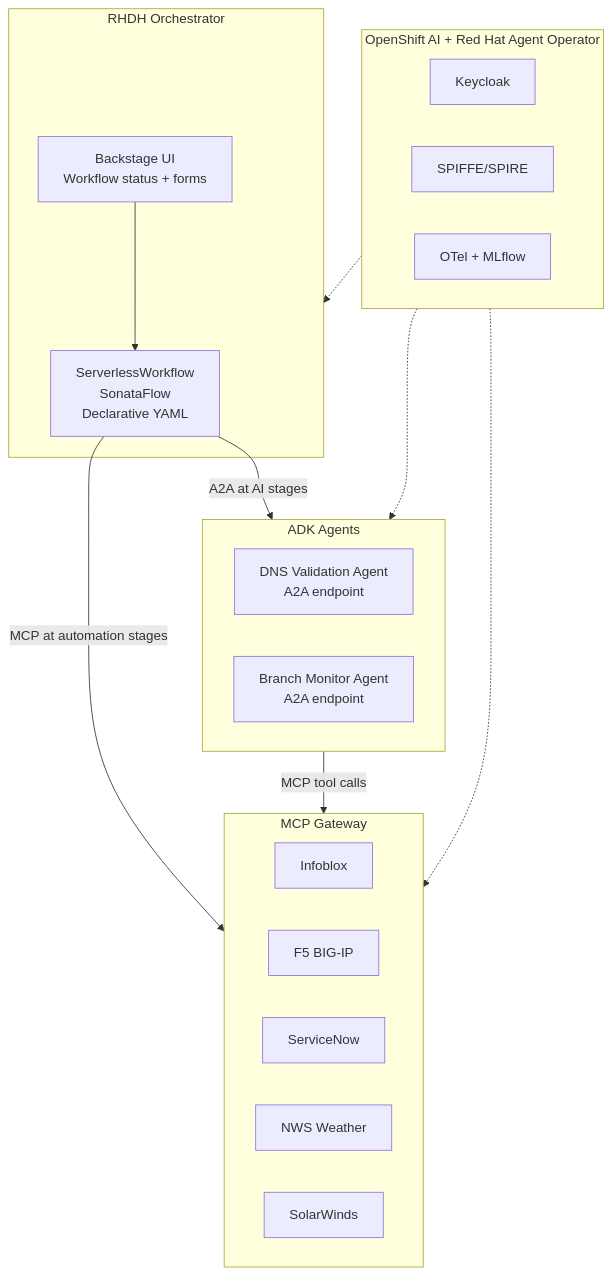
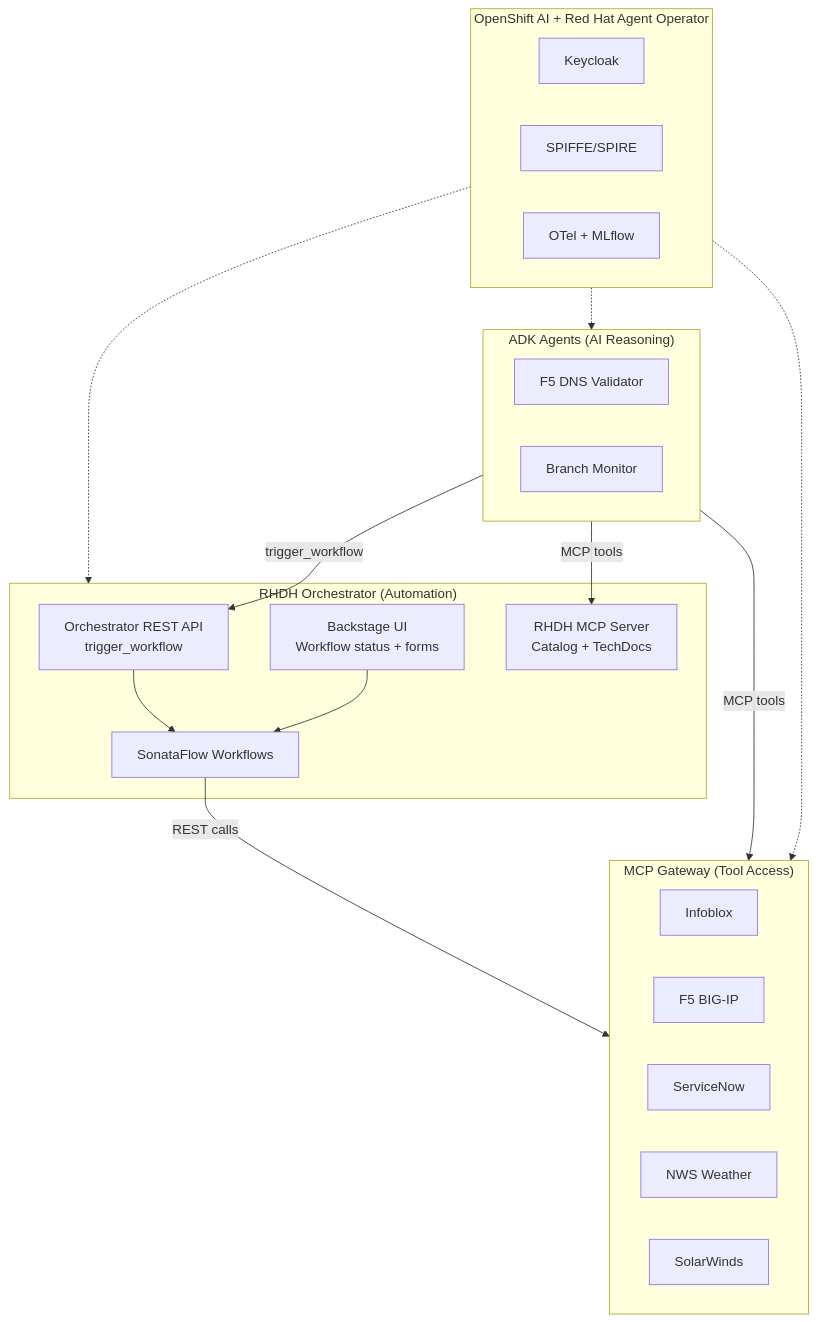
Before and after one commit to rrbanda/tr-agents: the first of 4 diagrams in docs/ARCHITECTURE.md, drawn with Mermaid. The commit also changed other lines of this file and 16 other files, not shown here.

First line of the commit message:
Correct agent-orchestrator integration and restructure workflows

````diff
--- a/docs/ARCHITECTURE.md
+++ b/docs/ARCHITECTURE.md
@@ -17,34 +17,38 @@
 ```mermaid
 flowchart TB
-    subgraph rhdh ["RHDH Orchestrator"]
-        workflow["ServerlessWorkflow\nSonataFlow\nDeclarative YAML"]
-        backstage["Backstage UI\nWorkflow status + forms"]
+    subgraph agents ["ADK Agents (AI Reasoning)"]
+        dns_agent["F5 DNS Validator"]
+        monitor_agent["Branch Monitor"]
     end
 
-    subgraph agents ["ADK Agents"]
-        dns_agent["DNS Validation Agent\nA2A endpoint"]
-        monitor_agent["Branch Monitor Agent\nA2A endpoint"]
+    subgraph rhdh ["RHDH Orchestrator (Automation)"]
+        orchestratorAPI["Orchestrator REST API\ntrigger_workflow"]
+        workflow["SonataFlow Workflows"]
+        backstage["Backstage UI\nWorkflow status + forms"]
+        mcpServer["RHDH MCP Server\nCatalog + TechDocs"]
     end
 
-    subgraph mcp ["MCP Gateway"]
+    subgraph mcp ["MCP Gateway (Tool Access)"]
         infoblox["Infoblox"]
         f5["F5 BIG-IP"]
         snow["ServiceNow"]
         weather["NWS Weather"]
         snmp["SolarWinds"]
     end
 
     subgraph platform ["OpenShift AI + Red Hat Agent Operator"]
         keycloak["Keycloak"]
         spire["SPIFFE/SPIRE"]
         otel["OTel + MLflow"]
     end
 
+    agents -->|"trigger_workflow"| orchestratorAPI
+    agents -->|"MCP tools"| mcpServer
+    agents -->|"MCP tools"| mcp
+    orchestratorAPI --> workflow
+    workflow -->|"REST calls"| mcp
     backstage --> workflow
-    workflow -->|"A2A at AI stages"| agents
-    workflow -->|"MCP at automation stages"| mcp
-    agents -->|"MCP tool calls"| mcp
     platform -.-> rhdh
     platform -.-> agents
     platform -.-> mcp
 ```
````
